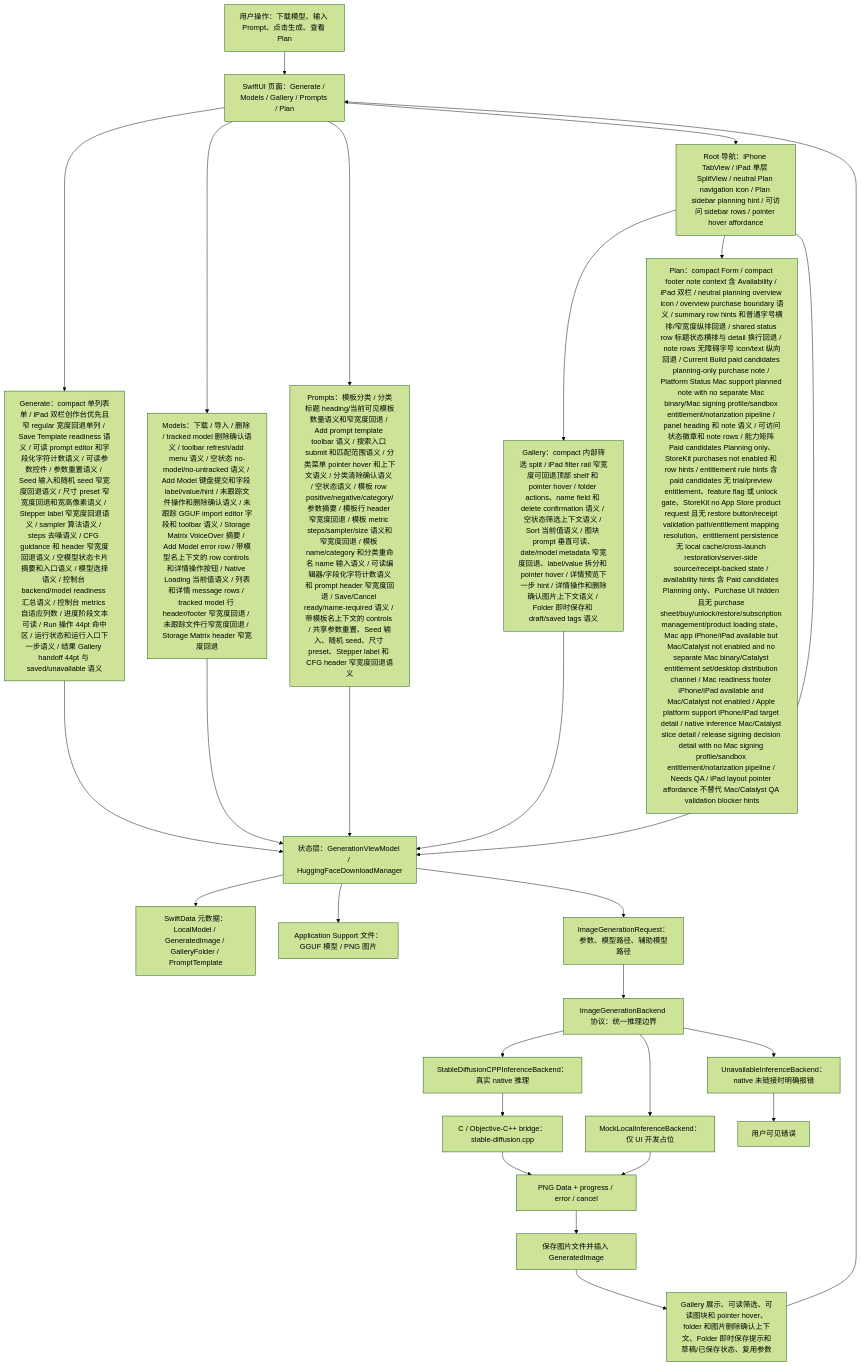
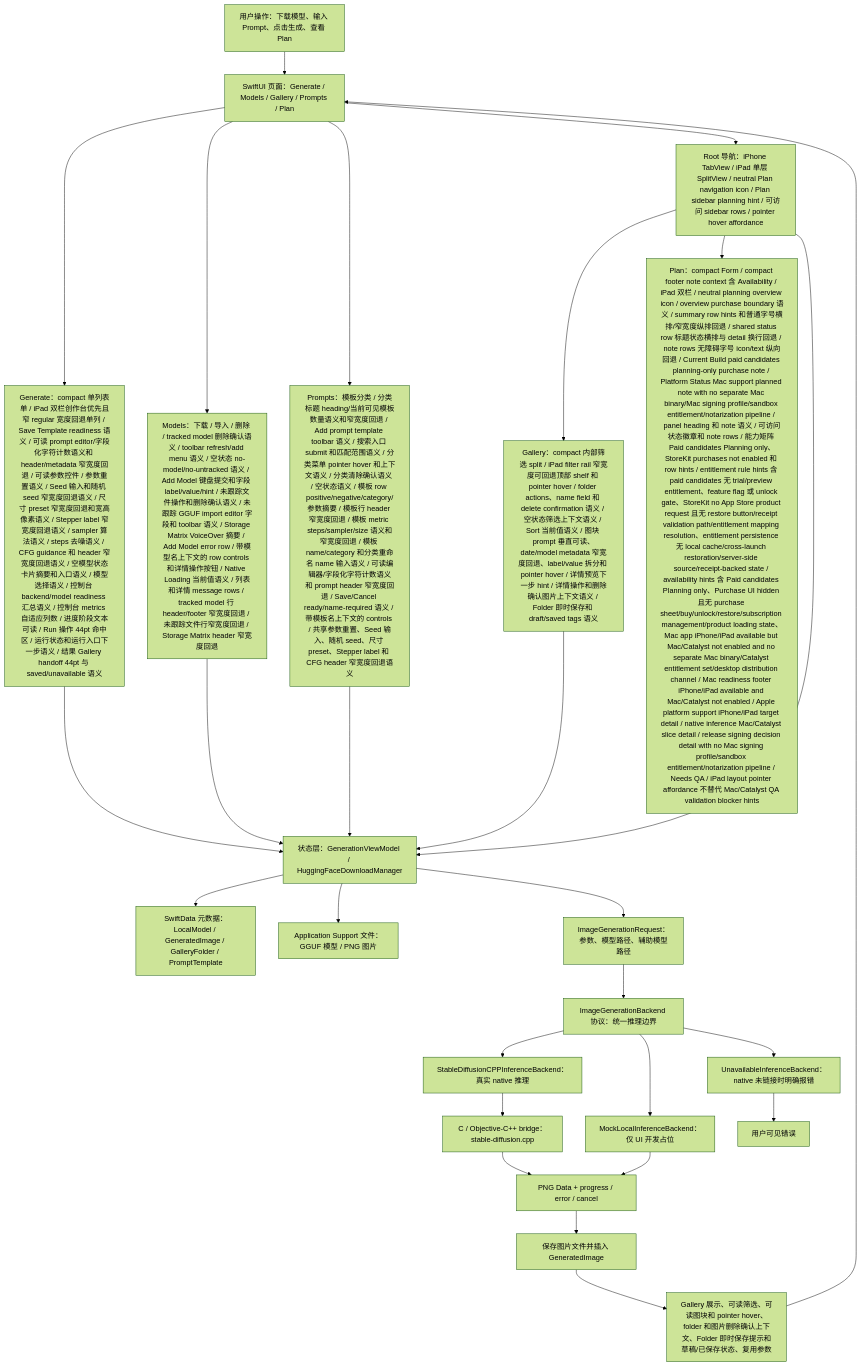
The first of 7 diagrams in md/flow/flowchart.md (Altman-sam114/118), drawn with Mermaid (forest theme) before and after one commit. The commit also changed 5 other files, not shown here.

First line of the commit message:
v1.144: Generate prompt metadata fallback

````diff
--- a/md/flow/flowchart.md
+++ b/md/flow/flowchart.md
@@ -9,29 +9,29 @@
 ```mermaid
 flowchart TD
   U["用户操作：下载模型、输入 Prompt、点击生成、查看 Plan"] --> UI["SwiftUI 页面：Generate / Models / Gallery / Prompts / Plan"]
-  UI --> GENUI["Generate：compact 单列表单 / iPad 双栏创作台优先且窄 regular 宽度回退单列 / Save Template readiness 语义 / 可读 prompt editor 和字段化字符计数语义 / 可读参数控件 / 参数重置语义 / Seed 输入和随机 seed 窄宽度回退语义 / 尺寸 preset 窄宽度回退和宽高像素语义 / Stepper label 窄宽度回退语义 / sampler 算法语义 / steps 去噪语义 / CFG guidance 和 header 窄宽度回退语义 / 空模型状态卡片摘要和入口语义 / 模型选择语义 / 控制台 backend/model readiness 汇总语义 / 控制台 metrics 自适应列数 / 进度阶段文本可读 / Run 操作 44pt 命中区 / 运行状态和运行入口下一步语义 / 结果 Gallery handoff 44pt 与 saved/unavailable 语义"]
+  UI --> GENUI["Generate：compact 单列表单 / iPad 双栏创作台优先且窄 regular 宽度回退单列 / Save Template readiness 语义 / 可读 prompt editor/字段化字符计数语义和 header/metadata 窄宽度回退 / 可读参数控件 / 参数重置语义 / Seed 输入和随机 seed 窄宽度回退语义 / 尺寸 preset 窄宽度回退和宽高像素语义 / Stepper label 窄宽度回退语义 / sampler 算法语义 / steps 去噪语义 / CFG guidance 和 header 窄宽度回退语义 / 空模型状态卡片摘要和入口语义 / 模型选择语义 / 控制台 backend/model readiness 汇总语义 / 控制台 metrics 自适应列数 / 进度阶段文本可读 / Run 操作 44pt 命中区 / 运行状态和运行入口下一步语义 / 结果 Gallery handoff 44pt 与 saved/unavailable 语义"]
   UI --> MODELUI["Models：下载 / 导入 / 删除 / tracked model 删除确认语义 / toolbar refresh/add menu 语义 / 空状态 no-model/no-untracked 语义 / Add Model 键盘提交和字段 label/value/hint / 未跟踪文件操作和删除确认语义 / 未跟踪 GGUF import editor 字段和 toolbar 语义 / Storage Matrix VoiceOver 摘要 / Add Model error row / 带模型名上下文的 row controls 和详情操作按钮 / Native Loading 当前值语义 / 列表和详情 message rows / tracked model 行 header/footer 窄宽度回退 / 未跟踪文件行窄宽度回退 / Storage Matrix header 窄宽度回退"]
   UI --> PROMPTUI["Prompts：模板分类 / 分类标题 heading/当前可见模板数量语义和窄宽度回退 / Add prompt template toolbar 语义 / 搜索入口 submit 和匹配范围语义 / 分类菜单 pointer hover 和上下文语义 / 分类清除确认语义 / 空状态语义 / 模板 row positive/negative/category/参数摘要 / 模板行 header 窄宽度回退 / 模板 metric steps/sampler/size 语义和窄宽度回退 / 模板 name/category 和分类重命名 name 输入语义 / 可读编辑器/字段化字符计数语义和 prompt header 窄宽度回退 / Save/Cancel ready/name-required 语义 / 带模板名上下文的 controls / 共享参数重置、Seed 输入、随机 seed、尺寸 preset、Stepper label 和 CFG header 窄宽度回退语义"]
   UI --> NAV["Root 导航：iPhone TabView / iPad 单层 SplitView / neutral Plan navigation icon / Plan sidebar planning hint / 可访问 sidebar rows / pointer hover affordance"]
   NAV --> GALUI["Gallery：compact 内部筛选 split / iPad filter rail 窄宽度可回退顶部 shelf 和 pointer hover / folder actions、name field 和 delete confirmation 语义 / 空状态筛选上下文语义 / Sort 当前值语义 / 图块 prompt 垂直可读、date/model metadata 窄宽度回退、label/value 拆分和 pointer hover / 详情预览下一步 hint / 详情操作和删除确认图片上下文语义 / Folder 即时保存和 draft/saved tags 语义"]
   NAV --> PLANUI["Plan：compact Form / compact footer note context 含 Availability / iPad 双栏 / neutral planning overview icon / overview purchase boundary 语义 / summary row hints 和普通字号横排/窄宽度纵排回退 / shared status row 标题状态横排与 detail 换行回退 / note rows 无障碍字号 icon/text 纵向回退 / Current Build paid candidates planning-only purchase note / Platform Status Mac support planned note with no separate Mac binary/Mac signing profile/sandbox entitlement/notarization pipeline / panel heading 和 note 语义 / 可访问状态徽章和 note rows / 能力矩阵 Paid candidates Planning only、StoreKit purchases not enabled 和 row hints / entitlement rule hints 含 paid candidates 无 trial/preview entitlement、feature flag 或 unlock gate、StoreKit no App Store product request 且无 restore button/receipt validation path/entitlement mapping resolution、entitlement persistence 无 local cache/cross-launch restoration/server-side source/receipt-backed state / availability hints 含 Paid candidates Planning only、Purchase UI hidden 且无 purchase sheet/buy/unlock/restore/subscription management/product loading state、Mac app iPhone/iPad available but Mac/Catalyst not enabled and no separate Mac binary/Catalyst entitlement set/desktop distribution channel / Mac readiness footer iPhone/iPad available and Mac/Catalyst not enabled / Apple platform support iPhone/iPad target detail / native inference Mac/Catalyst slice detail / release signing decision detail with no Mac signing profile/sandbox entitlement/notarization pipeline / Needs QA / iPad layout pointer affordance 不替代 Mac/Catalyst QA validation blocker hints"]
   NAV --> VM["状态层：GenerationViewModel / HuggingFaceDownloadManager"]
   GENUI --> VM
   MODELUI --> VM
   PROMPTUI --> VM
   GALUI --> VM
   VM --> SD["SwiftData 元数据：LocalModel / GeneratedImage / GalleryFolder / PromptTemplate"]
   VM --> FS["Application Support 文件：GGUF 模型 / PNG 图片"]
   VM --> REQ["ImageGenerationRequest：参数、模型路径、辅助模型路径"]
   REQ --> IFACE["ImageGenerationBackend 协议：统一推理边界"]
   IFACE --> NATIVE["StableDiffusionCPPInferenceBackend：真实 native 推理"]
   IFACE --> MOCK["MockLocalInferenceBackend：仅 UI 开发占位"]
   IFACE --> OFF["UnavailableInferenceBackend：native 未链接时明确报错"]
   NATIVE --> BRIDGE["C / Objective-C++ bridge：stable-diffusion.cpp"]
   BRIDGE --> PNG["PNG Data + progress / error / cancel"]
   MOCK --> PNG
   OFF --> ERR["用户可见错误"]
   PNG --> SAVE["保存图片文件并插入 GeneratedImage"]
   SAVE --> GALLERY["Gallery 展示、可读筛选、可读图块和 pointer hover、folder 和图片删除确认上下文、Folder 即时保存提示和草稿/已保存状态、复用参数"]
   GALLERY --> UI
 ```
````
